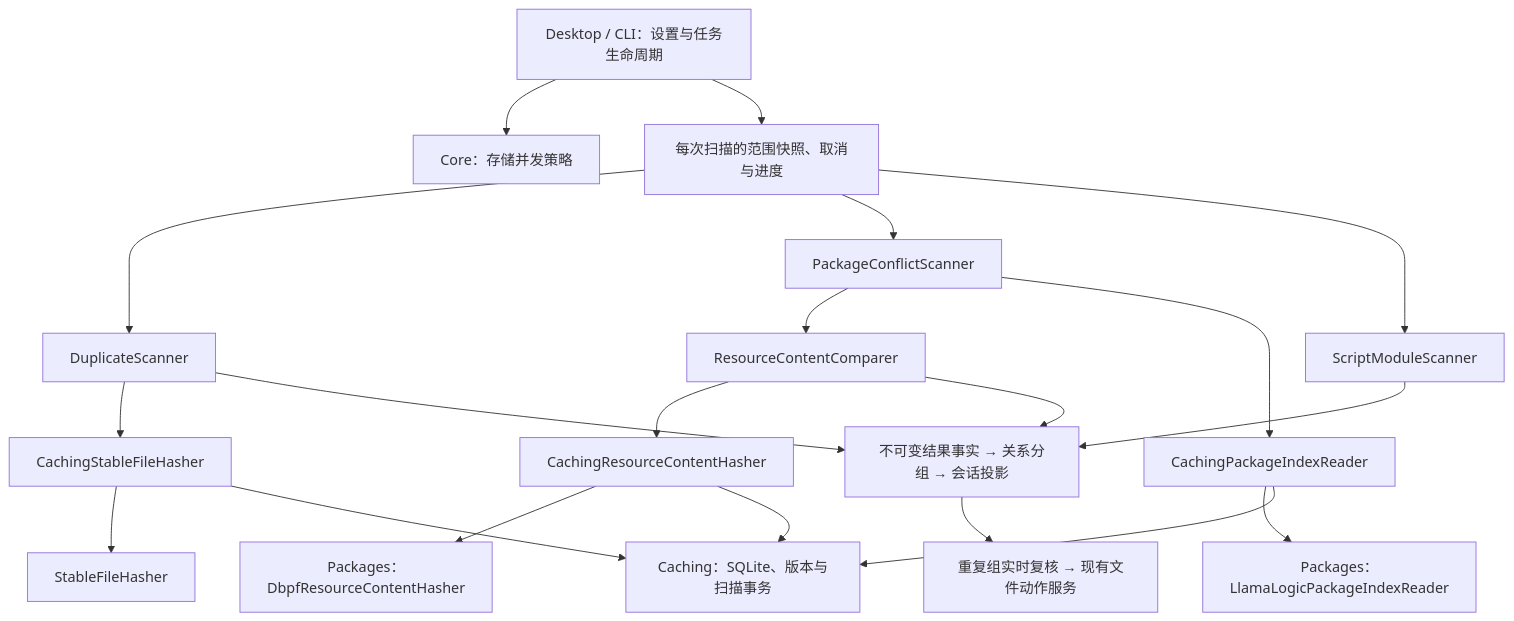
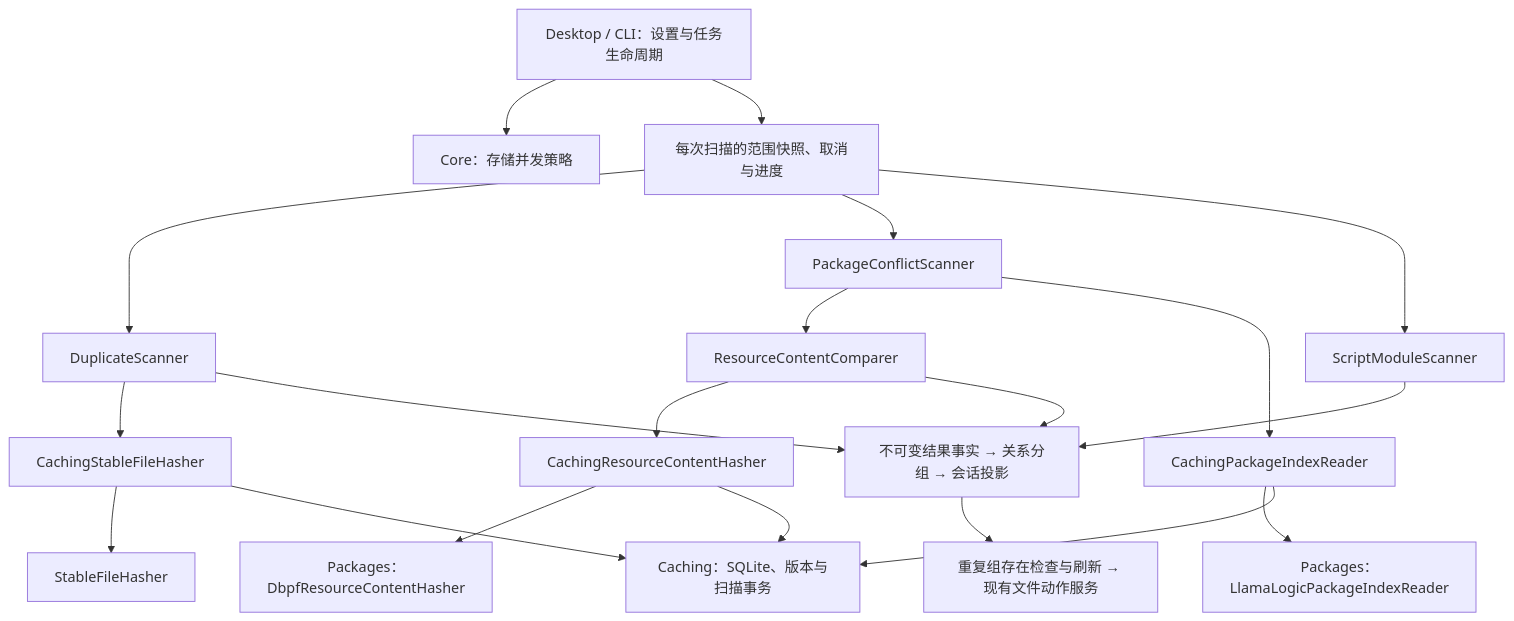
One commit to stella-wood/Sims4ModSieve changed the diagram in docs/architecture/性能优化与缓存架构.md. Above: the diagram before and after it, drawn with Mermaid. The commit also changed other lines of this file and 14 other files, not shown here.

````diff
--- a/docs/architecture/性能优化与缓存架构.md
+++ b/docs/architecture/性能优化与缓存架构.md
@@ -44,22 +44,22 @@
 ```mermaid
 flowchart TD
     H["Desktop / CLI：设置与任务生命周期"] --> P["Core：存储并发策略"]
     H --> S["每次扫描的范围快照、取消与进度"]
     S --> D["DuplicateScanner"]
     S --> I["PackageConflictScanner"]
     S --> T["ScriptModuleScanner"]
     I --> R["ResourceContentComparer"]
     D --> CH["CachingStableFileHasher"]
     I --> CI["CachingPackageIndexReader"]
     R --> CR["CachingResourceContentHasher"]
     CH --> FH["StableFileHasher"]
     CI --> IR["Packages：LlamaLogicPackageIndexReader"]
     CR --> RH["Packages：DbpfResourceContentHasher"]
     CH --> DB["Caching：SQLite、版本与扫描事务"]
     CI --> DB
     CR --> DB
     D --> E["不可变结果事实 → 关系分组 → 会话投影"]
     R --> E
     T --> E
-    E --> A["重复组实时复核 → 现有文件动作服务"]
+    E --> A["重复组存在检查与刷新 → 现有文件动作服务"]
 ```
````
